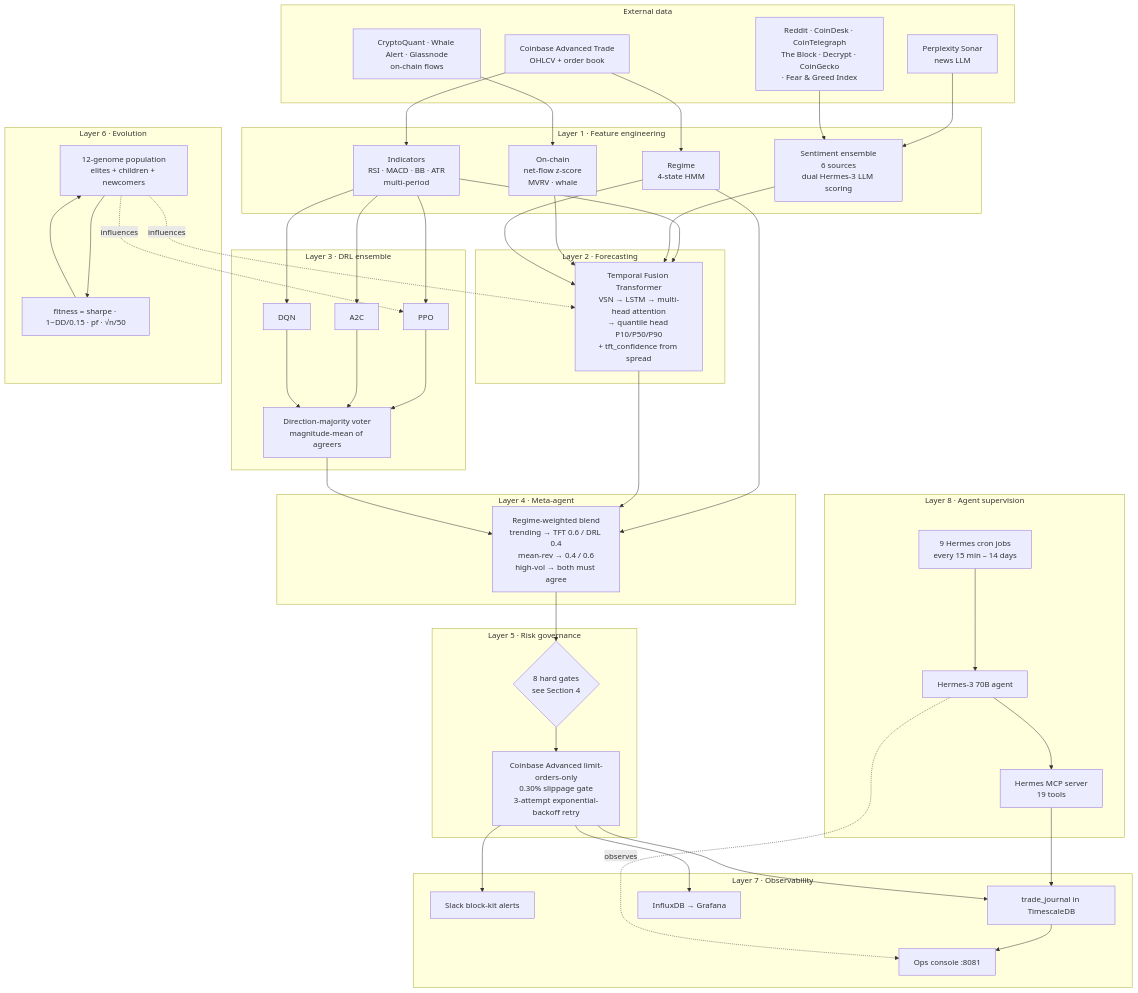
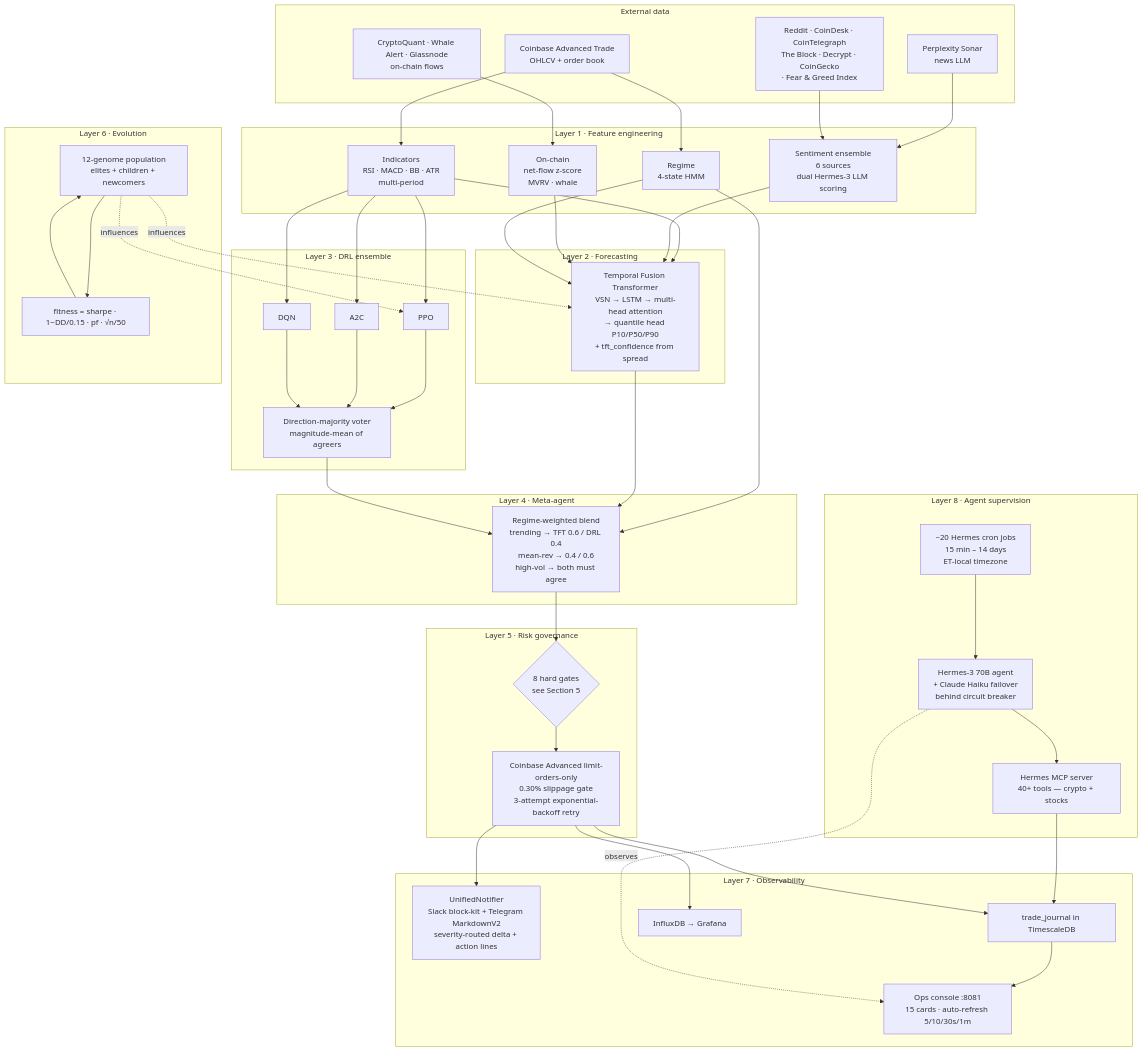
Before and after one commit to saijayanth888/trading-bot: the second of 7 diagrams in README.md, drawn with Mermaid. The commit also changed other lines of this file, not shown here.

First line of the commit message:
README: dual-venue design + 4 new mermaid diagrams + full cron table

````diff
--- a/README.md
+++ b/README.md
@@ -102,82 +204,82 @@
 ```mermaid
 flowchart TB
     subgraph "External data"
         C1[Coinbase Advanced Trade<br/>OHLCV + order book]
         C2[Perplexity Sonar<br/>news LLM]
         C3[CryptoQuant · Whale Alert · Glassnode<br/>on-chain flows]
         C4[Reddit · CoinDesk · CoinTelegraph<br/>The Block · Decrypt · CoinGecko<br/>· Fear &amp; Greed Index]
     end
 
     subgraph "Layer 1 · Feature engineering"
         F1[Indicators<br/>RSI · MACD · BB · ATR<br/>multi-period]
         F2[Sentiment ensemble<br/>6 sources<br/>dual Hermes-3 LLM scoring]
         F3[On-chain<br/>net-flow z-score<br/>MVRV · whale]
         F4[Regime<br/>4-state HMM]
     end
 
     subgraph "Layer 2 · Forecasting"
         T[Temporal Fusion Transformer<br/>VSN → LSTM → multi-head attention<br/>→ quantile head P10/P50/P90<br/>+ tft_confidence from spread]
     end
 
     subgraph "Layer 3 · DRL ensemble"
         D1[PPO]
         D2[A2C]
         D3[DQN]
         V[Direction-majority voter<br/>magnitude-mean of agreers]
         D1 --> V
         D2 --> V
         D3 --> V
     end
 
     subgraph "Layer 4 · Meta-agent"
         M[Regime-weighted blend<br/>trending → TFT 0.6 / DRL 0.4<br/>mean-rev → 0.4 / 0.6<br/>high-vol → both must agree]
     end
 
     subgraph "Layer 5 · Risk governance"
-        R{8 hard gates<br/>see Section 4}
+        R{8 hard gates<br/>see Section 5}
         E[Coinbase Advanced limit-orders-only<br/>0.30% slippage gate<br/>3-attempt exponential-backoff retry]
     end
 
     subgraph "Layer 6 · Evolution"
         P[12-genome population<br/>elites + children + newcomers]
         FIT["fitness = sharpe · 1−DD/0.15 · pf · √n/50"]
         P --> FIT --> P
     end
 
     subgraph "Layer 7 · Observability"
-        S[Slack block-kit alerts]
+        S[UnifiedNotifier<br/>Slack block-kit + Telegram MarkdownV2<br/>severity-routed delta + action lines]
         J[trade_journal in TimescaleDB]
         I[InfluxDB → Grafana]
-        DASH[Ops console :8081]
+        DASH[Ops console :8081<br/>15 cards · auto-refresh 5/10/30s/1m]
     end
 
     subgraph "Layer 8 · Agent supervision"
-        HCRON[9 Hermes cron jobs<br/>every 15 min – 14 days]
-        HMCP[Hermes MCP server<br/>19 tools]
-        H[Hermes-3 70B agent]
+        HCRON[~20 Hermes cron jobs<br/>15 min – 14 days<br/>ET-local timezone]
+        HMCP[Hermes MCP server<br/>40+ tools — crypto + stocks]
+        H[Hermes-3 70B agent<br/>+ Claude Haiku failover<br/>behind circuit breaker]
         HCRON --> H
         H --> HMCP
         HMCP --> J
     end
 
     C1 --> F1
     C2 --> F2
     C4 --> F2
     C3 --> F3
     C1 --> F4
     F1 --> T
     F2 --> T
     F3 --> T
     F4 --> T
     F1 --> D1 & D2 & D3
     F4 --> M
     T --> M
     V --> M
     M --> R
     R --> E
     E --> S & J & I
     P -.influences.-> T
     P -.influences.-> D1
     J --> DASH
     H -.observes.-> DASH
 ```
````
